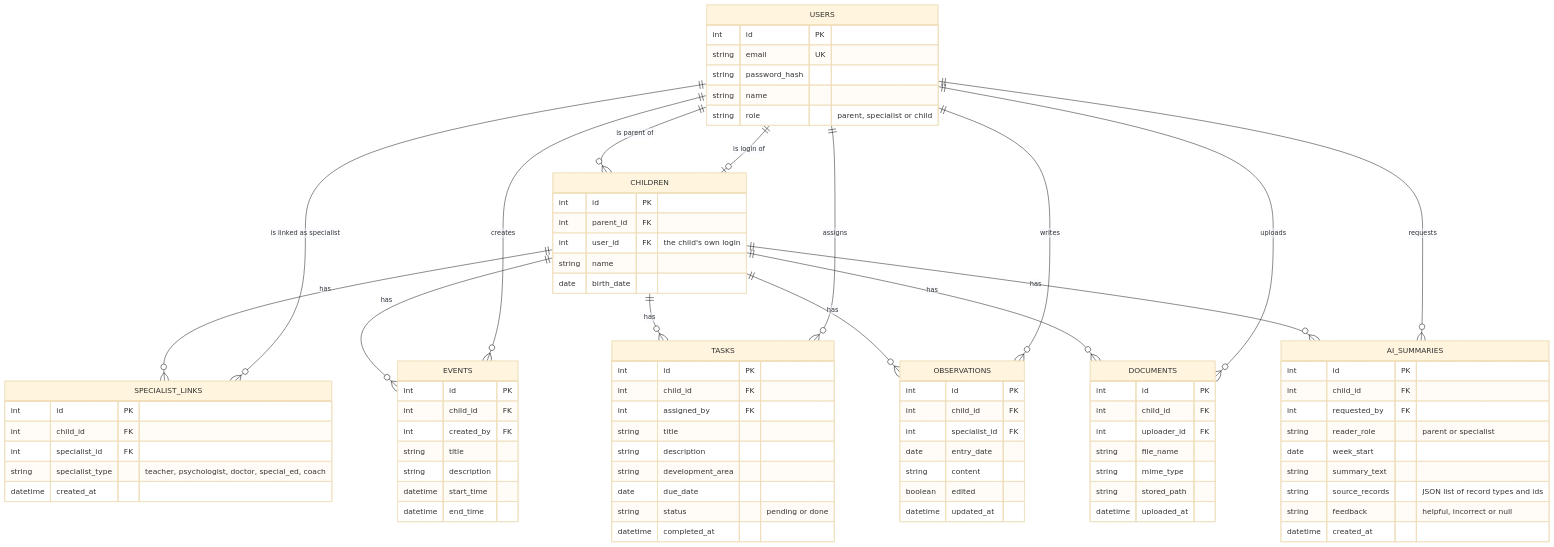
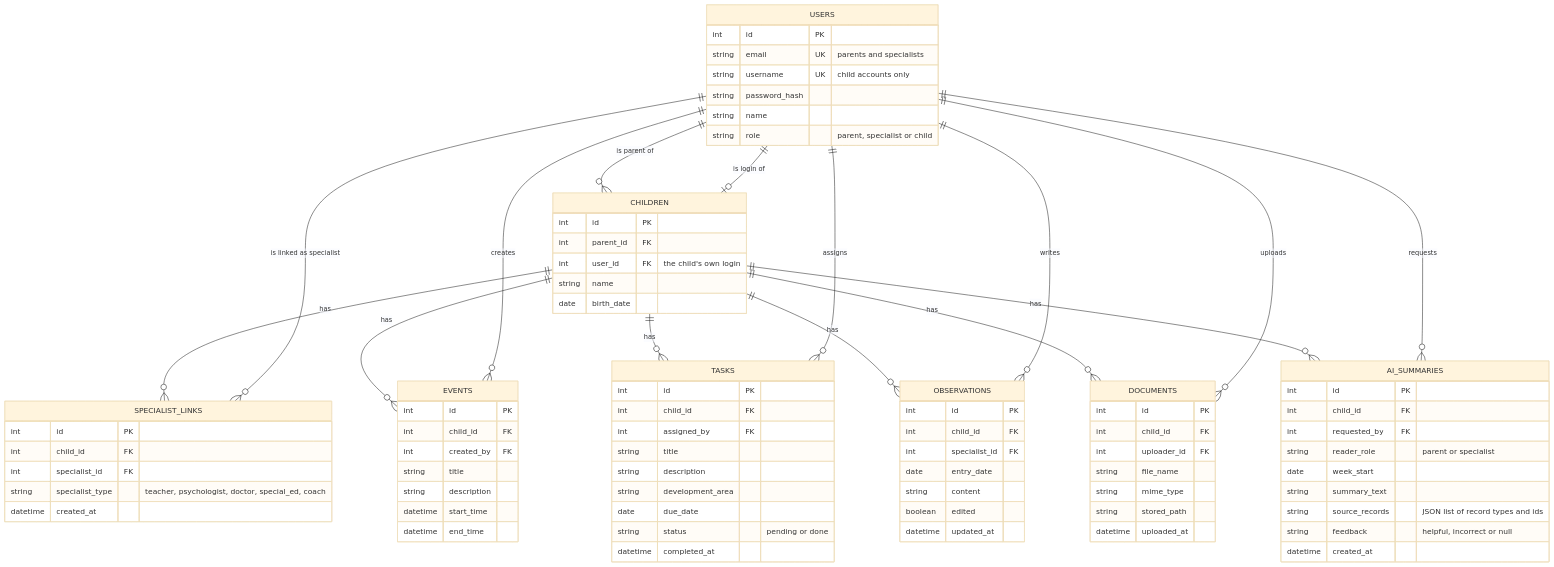
One commit to NasserN11/child-development-app-group11 changed the first of 4 diagrams in SDD.md. Above: the diagram before and after it, drawn with Mermaid (base theme). The commit also changed other lines of this file, not shown here.

```diff
--- a/SDD.md
+++ b/SDD.md
@@ -141,7 +150,8 @@
 
     USERS {
         int id PK
-        string email UK
+        string email UK "parents and specialists"
+        string username UK "child accounts only"
         string password_hash
         string name
         string role "parent, specialist or child"
```
